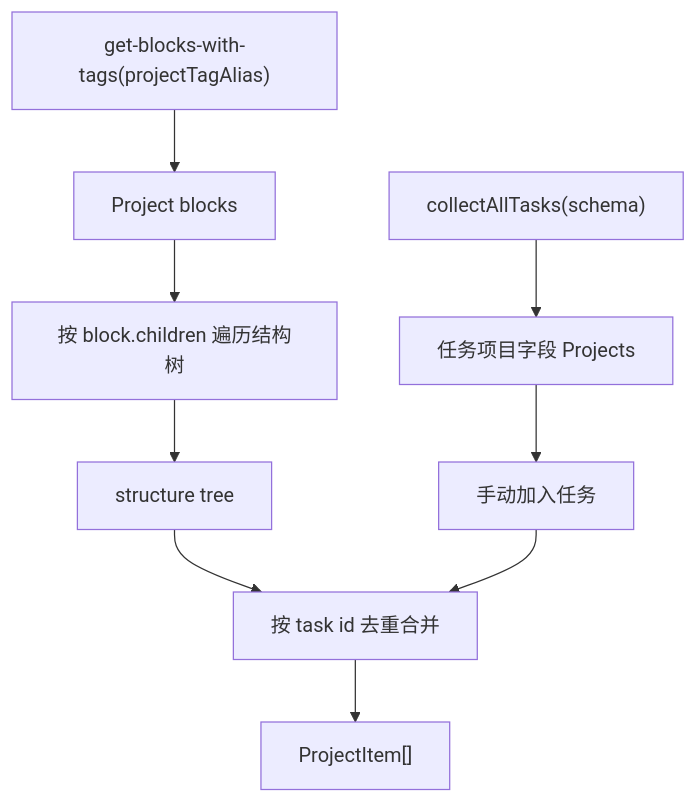
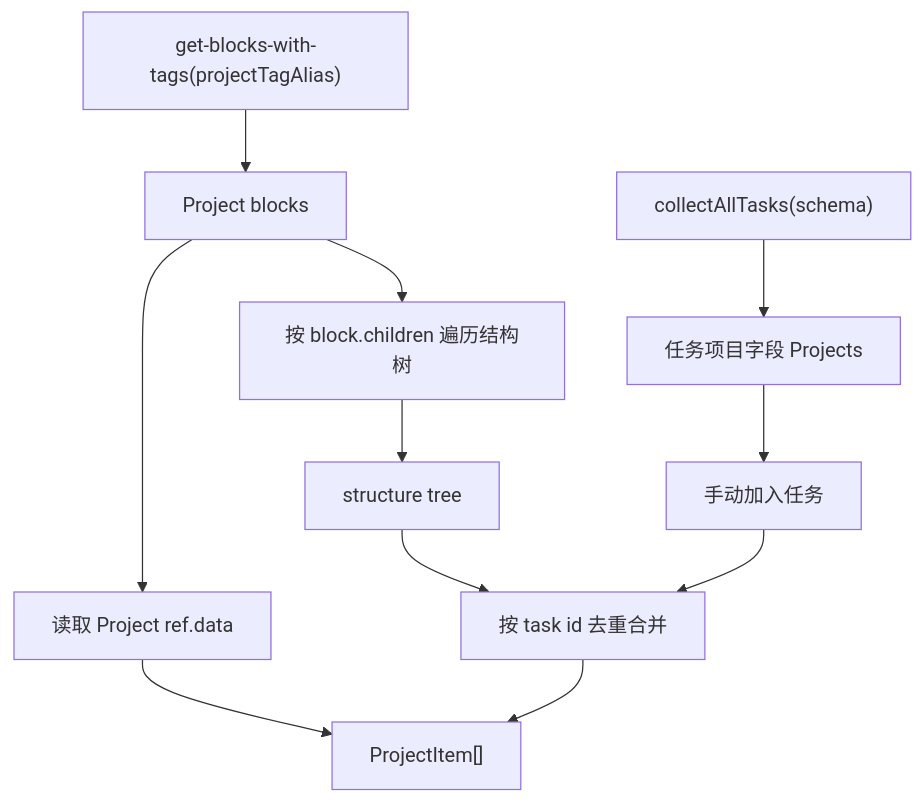
Before and after one commit to litcu/orca-plugin-task-planner: the diagram in doc/数据流/10-项目数据流.md, drawn with Mermaid. The commit also changed other lines of this file and 13 other files, not shown here.

````diff
--- a/doc/数据流/10-项目数据流.md
+++ b/doc/数据流/10-项目数据流.md
@@ -20,11 +32,13 @@
 ```mermaid
 flowchart TD
   Tag["get-blocks-with-tags(projectTagAlias)"] --> Blocks["Project blocks"]
+  Blocks --> Props["读取 Project ref.data"]
   Blocks --> Structure["按 block.children 遍历结构树"]
   Tasks["collectAllTasks(schema)"] --> Filter["任务项目字段 Projects"]
   Structure --> Tree["structure tree"]
   Filter --> Manual["手动加入任务"]
   Tree --> Merge["按 task id 去重合并"]
   Manual --> Merge
   Merge --> Item["ProjectItem[]"]
+  Props --> Item
 ```
````
